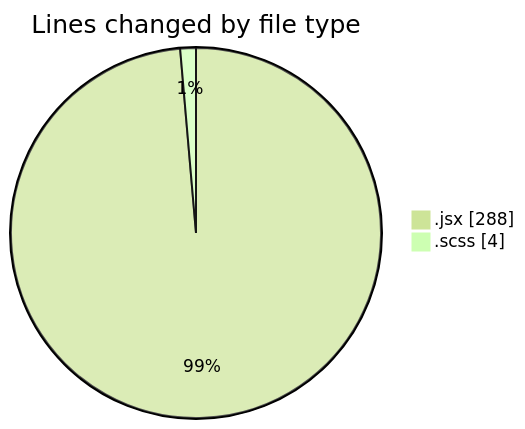
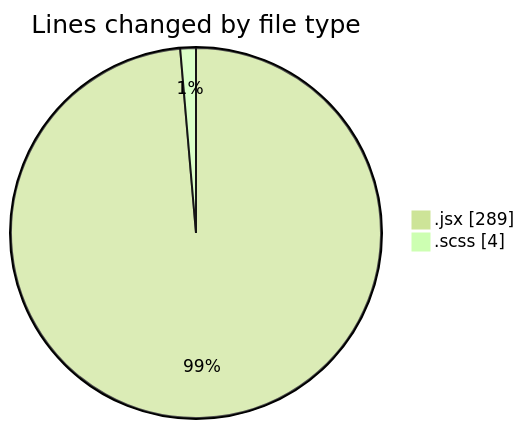
One commit to momahboobian/code-tracking changed the first of 2 diagrams in 2025-06-04/cda/README.md. Above: the diagram before and after it, drawn with Mermaid (forest theme). The commit also changed other lines of this file and 1 other file, not shown here.

````diff
--- a/2025-06-04/cda/README.md
+++ b/2025-06-04/cda/README.md
@@ -22,6 +22,6 @@
 ```mermaid
 pie showData
 title Lines changed by file type
-".jsx" : 288
+".jsx" : 289
 ".scss" : 4
 ```
````
